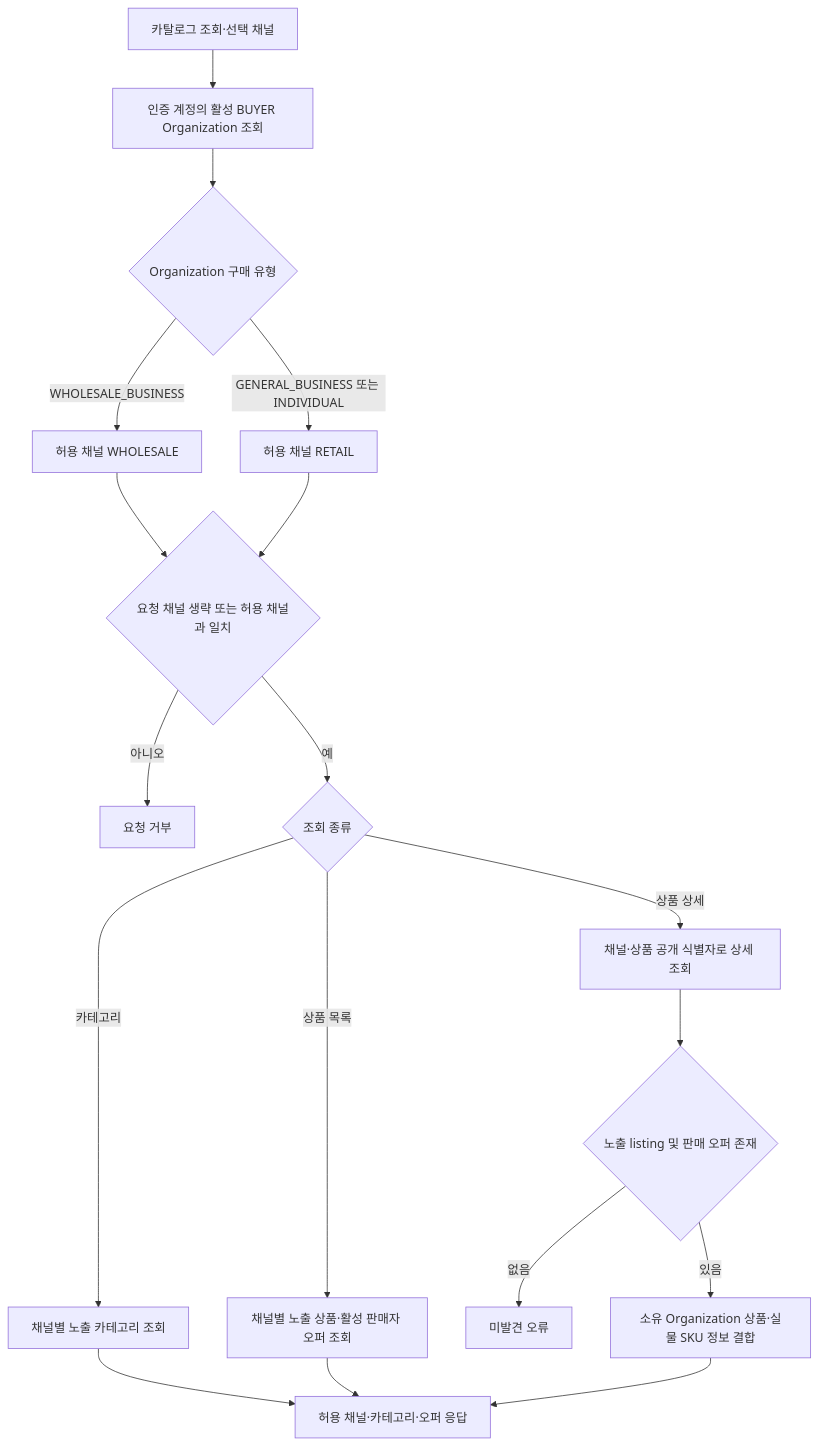
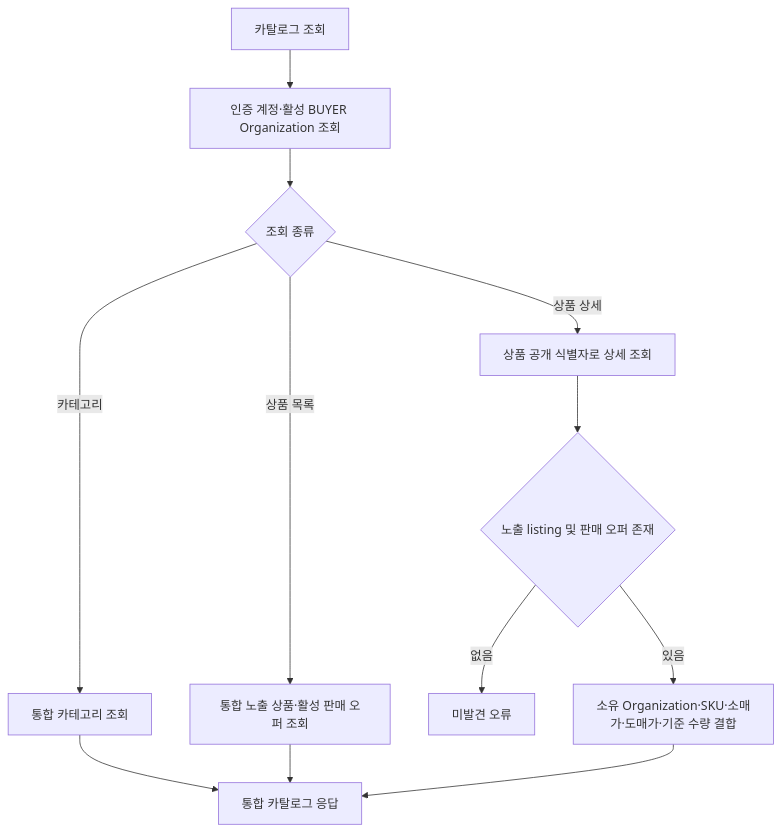
The first of 2 diagrams in docs/services/catalog.md (DongHyeonEom/umji-market-api), drawn with Mermaid before and after one commit. The commit also changed other lines of this file and 6 other files, not shown here.

````diff
--- a/docs/services/catalog.md
+++ b/docs/services/catalog.md
@@ -17,20 +15,14 @@
 ```mermaid
 flowchart TD
-    REQUEST[카탈로그 조회·선택 채널] --> AUTH[인증 계정의 활성 BUYER Organization 조회]
-    AUTH --> TYPE{Organization 구매 유형}
-    TYPE -- WHOLESALE_BUSINESS --> WHOLESALE[허용 채널 WHOLESALE]
-    TYPE -- GENERAL_BUSINESS 또는 INDIVIDUAL --> RETAIL[허용 채널 RETAIL]
-    WHOLESALE --> CHANNEL{요청 채널 생략 또는 허용 채널과 일치}
-    RETAIL --> CHANNEL
-    CHANNEL -- 아니오 --> DENY[요청 거부]
-    CHANNEL -- 예 --> ACTION{조회 종류}
-    ACTION -- 카테고리 --> CATEGORIES[채널별 노출 카테고리 조회]
-    ACTION -- 상품 목록 --> LISTING[채널별 노출 상품·활성 판매자 오퍼 조회]
-    ACTION -- 상품 상세 --> DETAIL[채널·상품 공개 식별자로 상세 조회]
+    REQUEST[카탈로그 조회] --> AUTH[인증 계정·활성 BUYER Organization 조회]
+    AUTH --> ACTION{조회 종류}
+    ACTION -- 카테고리 --> CATEGORIES[통합 카테고리 조회]
+    ACTION -- 상품 목록 --> LISTING[통합 노출 상품·활성 판매 오퍼 조회]
+    ACTION -- 상품 상세 --> DETAIL[상품 공개 식별자로 상세 조회]
     DETAIL --> FOUND{노출 listing 및 판매 오퍼 존재}
     FOUND -- 없음 --> MISSING[미발견 오류]
-    FOUND -- 있음 --> COMMON[소유 Organization 상품·실물 SKU 정보 결합]
-    CATEGORIES --> RESPONSE[허용 채널·카테고리·오퍼 응답]
+    FOUND -- 있음 --> COMMON[소유 Organization·SKU·소매가·도매가·기준 수량 결합]
+    CATEGORIES --> RESPONSE[통합 카탈로그 응답]
     LISTING --> RESPONSE
     COMMON --> RESPONSE
 ```
````
